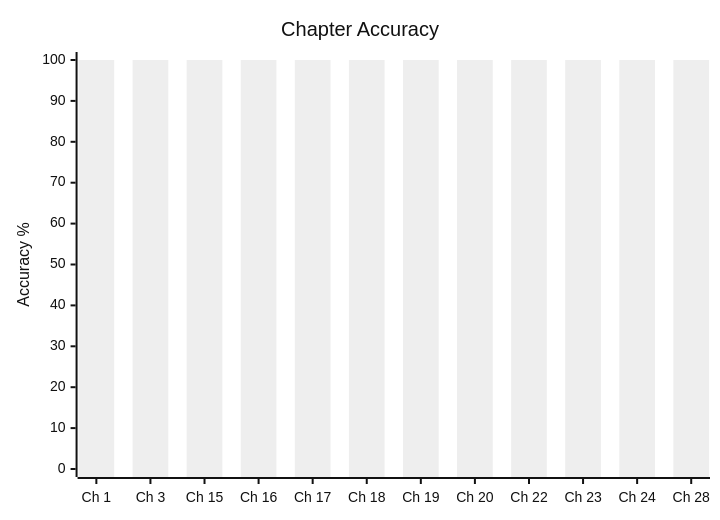
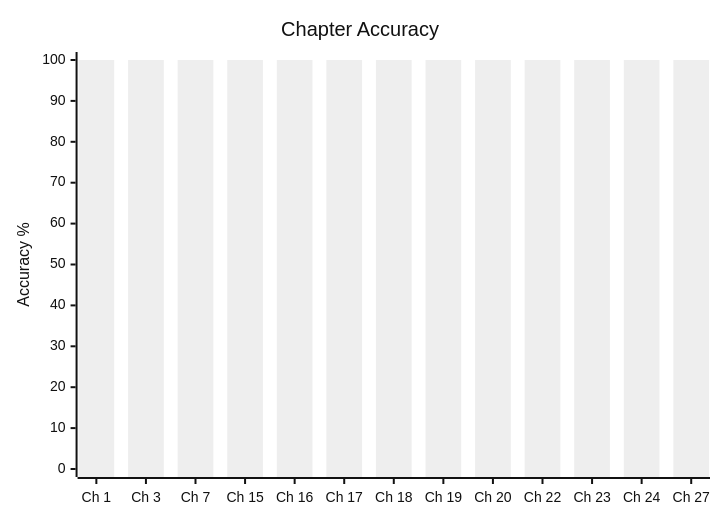
One commit to skc-coder/SAGE changed the first of 2 diagrams in content/cds/math/math_overview.md. Above: the diagram before and after it, drawn with Mermaid (neutral theme). The commit also changed other lines of this file and 14 other files, not shown here.

````diff
--- a/content/cds/math/math_overview.md
+++ b/content/cds/math/math_overview.md
@@ -38,7 +43,7 @@
 ```mermaid
 xychart-beta
     title "Chapter Accuracy"
-    x-axis ["Ch 1", "Ch 3", "Ch 15", "Ch 16", "Ch 17", "Ch 18", "Ch 19", "Ch 20", "Ch 22", "Ch 23", "Ch 24", "Ch 28"]
+    x-axis ["Ch 1", "Ch 3", "Ch 7", "Ch 15", "Ch 16", "Ch 17", "Ch 18", "Ch 19", "Ch 20", "Ch 22", "Ch 23", "Ch 24", "Ch 27"]
     y-axis "Accuracy %" 0 --> 100
-    bar [100, 100, 100, 100, 100, 100, 100, 100, 100, 100, 100, 100]
+    bar [100, 100, 100, 100, 100, 100, 100, 100, 100, 100, 100, 100, 100]
 ```
````
